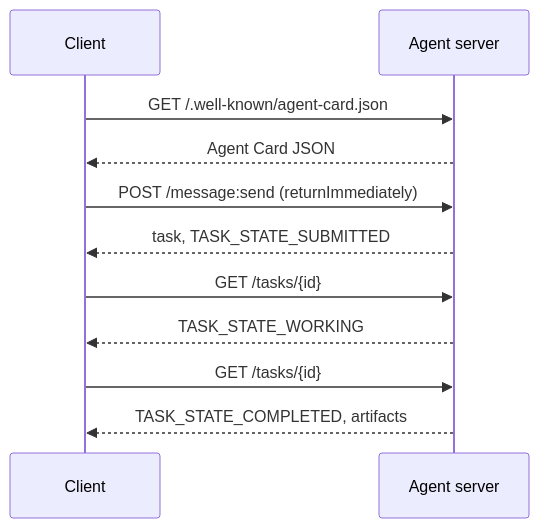
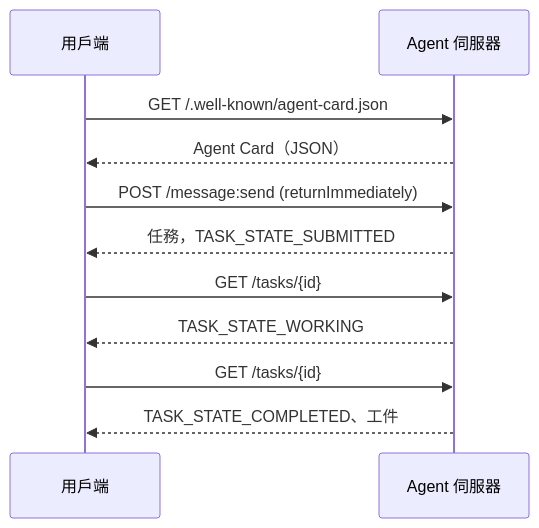
The diagram in i18n/zh-TW/phases/16-multi-agent-and-swarms/12-a2a-protocol/docs/zh-TW.md (edward821220/ai-engineering-from-scratch), drawn with Mermaid before and after one commit. The commit also changed other lines of this file and 46 other files, not shown here.

````diff
--- a/i18n/zh-TW/phases/16-multi-agent-and-swarms/12-a2a-protocol/docs/zh-TW.md
+++ b/i18n/zh-TW/phases/16-multi-agent-and-swarms/12-a2a-protocol/docs/zh-TW.md
@@ -78,13 +78,13 @@
 ```mermaid
 sequenceDiagram
-    participant C as Client
-    participant S as Agent server
+    participant C as 用戶端
+    participant S as Agent 伺服器
     C->>S: GET /.well-known/agent-card.json
-    S-->>C: Agent Card JSON
+    S-->>C: Agent Card（JSON）
     C->>S: POST /message:send (returnImmediately)
-    S-->>C: task, TASK_STATE_SUBMITTED
+    S-->>C: 任務，TASK_STATE_SUBMITTED
     C->>S: GET /tasks/{id}
     S-->>C: TASK_STATE_WORKING
     C->>S: GET /tasks/{id}
-    S-->>C: TASK_STATE_COMPLETED, artifacts
+    S-->>C: TASK_STATE_COMPLETED、工件
 ```
````
